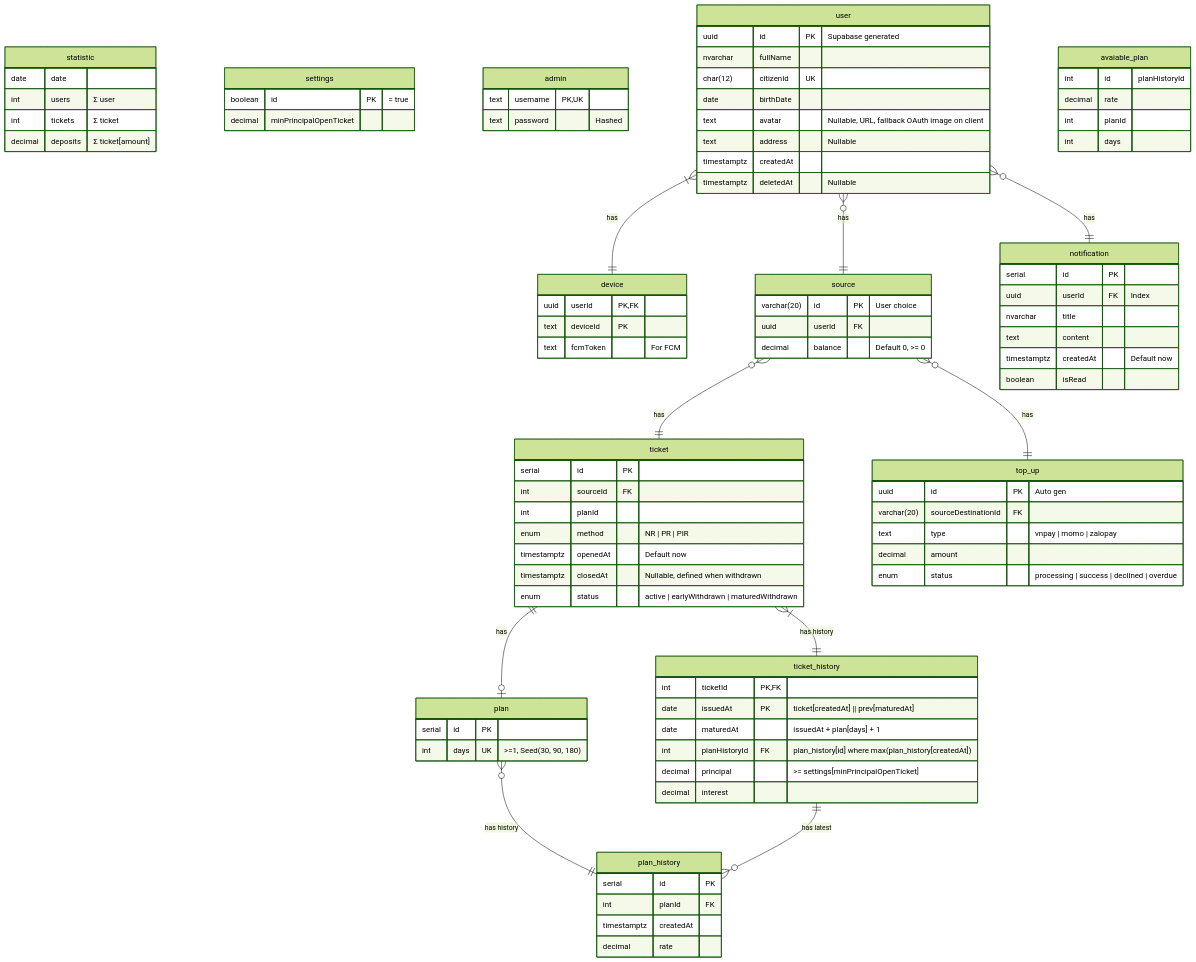
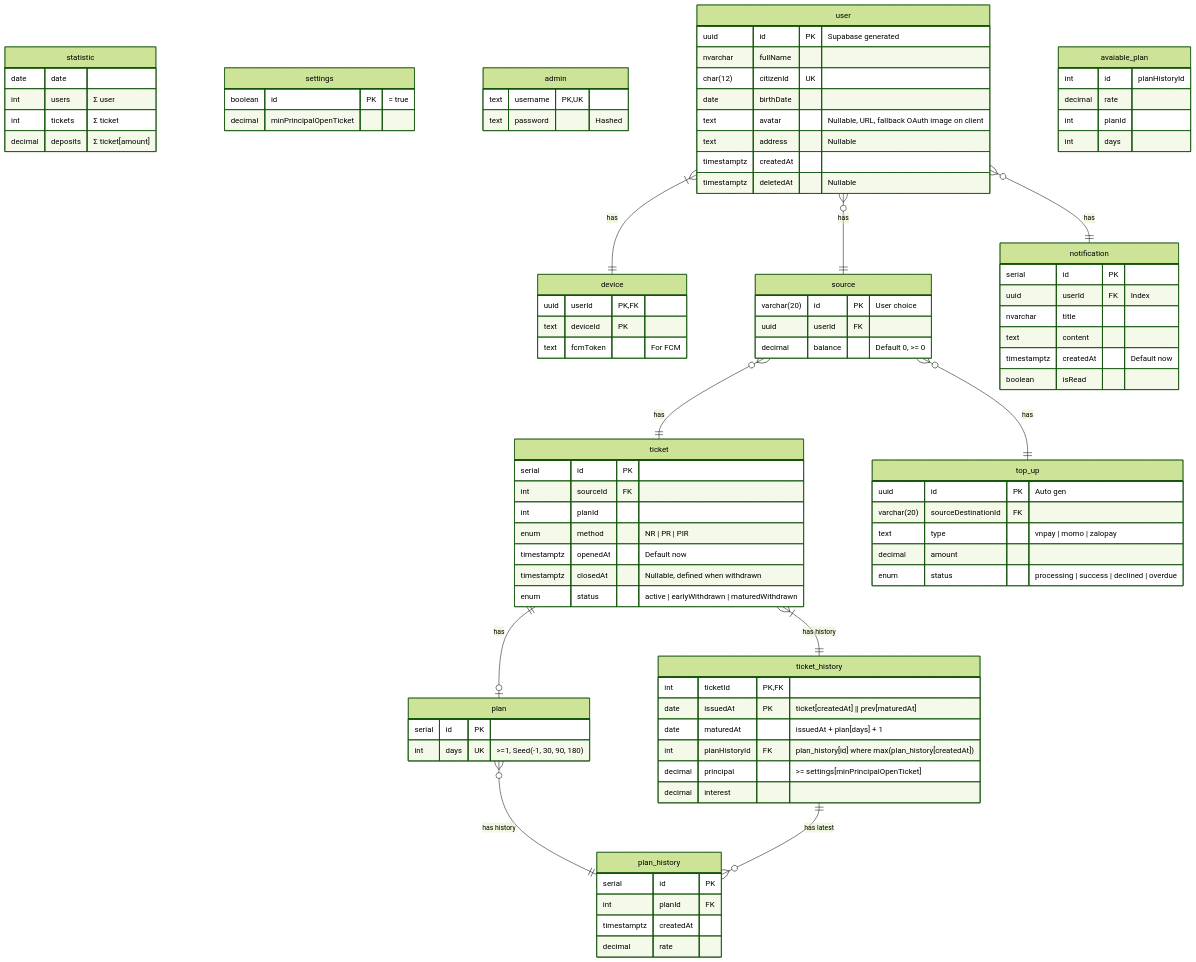
The diagram in docs/diagrams/database/index.md (coinhub-uit/coinhub-uit.github.io), drawn with Mermaid (forest theme) before and after one commit.

Commit message:
feat: seed -1 days plan

```diff
--- a/docs/diagrams/database/index.md
+++ b/docs/diagrams/database/index.md
@@ -48,7 +48,7 @@
 
   plan {
     serial id PK
-    int days UK "\>=1, Seed(30, 90, 180)"
+    int days UK "\>=1, Seed(-1, 30, 90, 180)"
   }
 
   plan_history {
```
